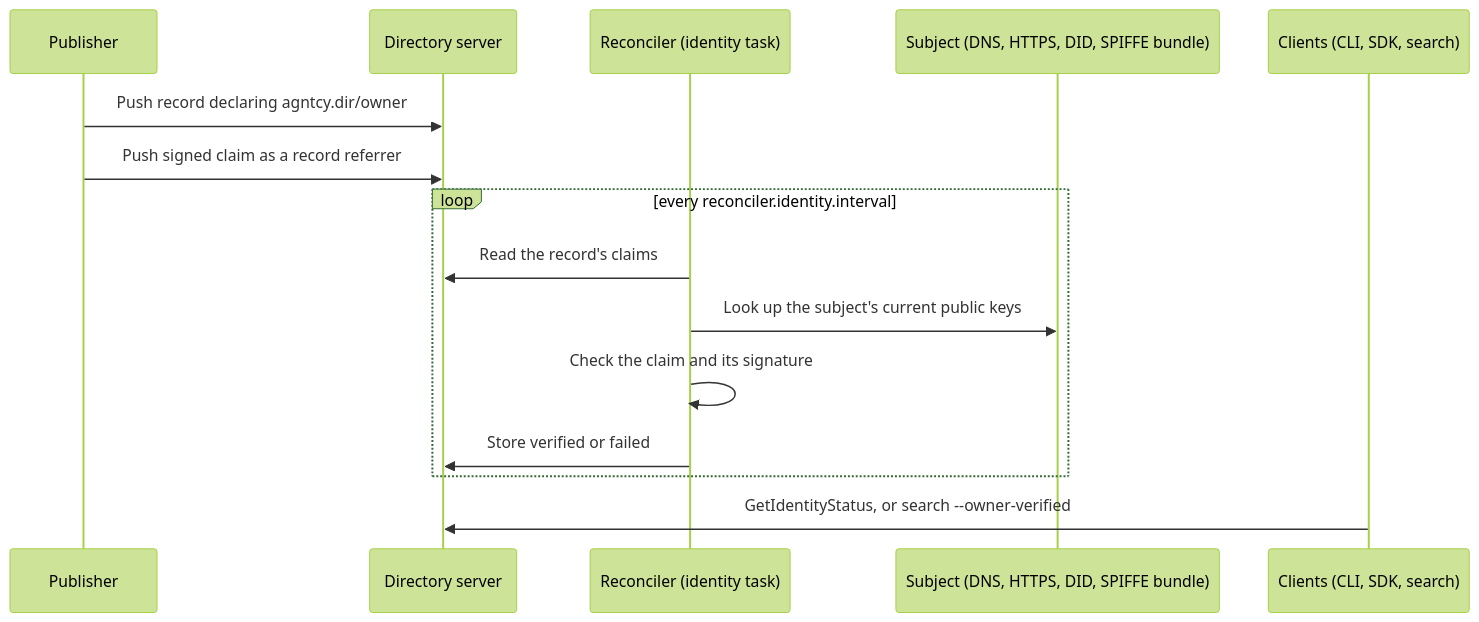
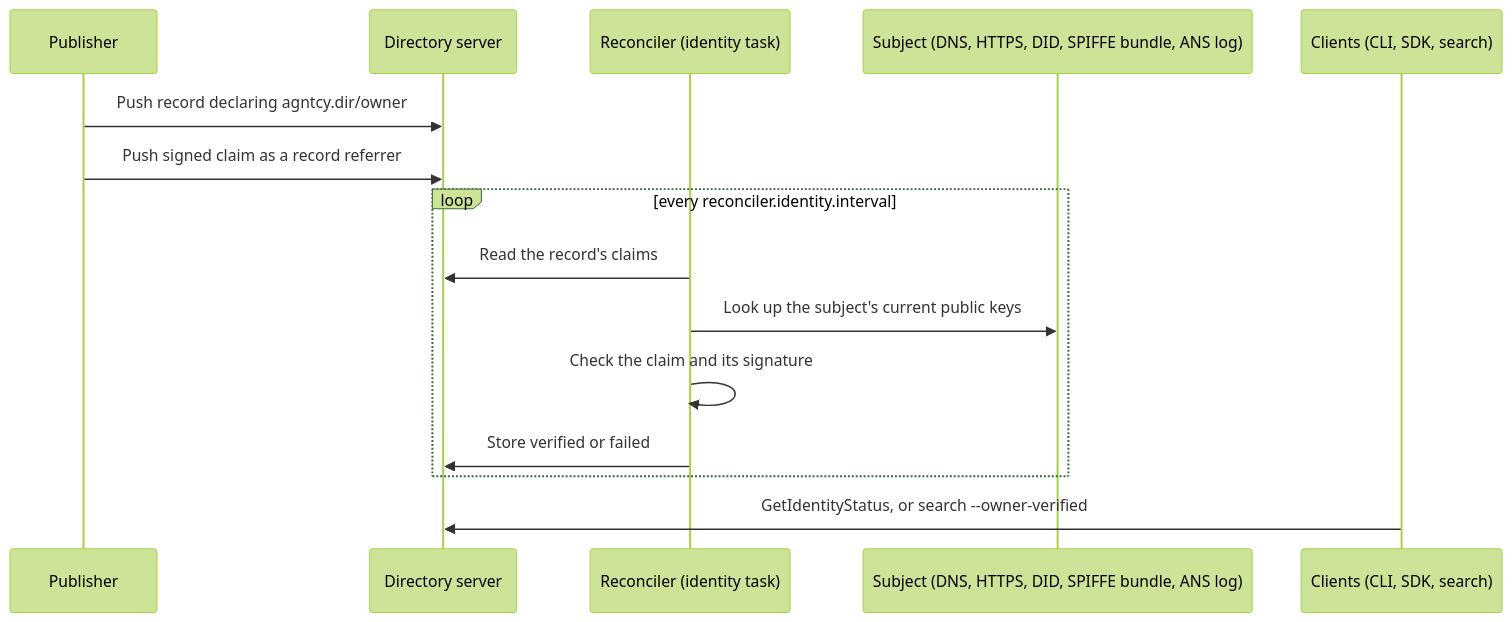
The diagram in docs/content/dir/dir-component-identity.md (agntcy/dir), drawn with Mermaid (forest theme) before and after one commit. The commit also changed other lines of this file and 7 other files, not shown here.

````diff
--- a/docs/content/dir/dir-component-identity.md
+++ b/docs/content/dir/dir-component-identity.md
@@ -19,18 +20,18 @@
 ```mermaid
 sequenceDiagram
     participant P as Publisher
     participant S as Directory server
     participant R as Reconciler (identity task)
-    participant K as Subject (DNS, HTTPS, DID, SPIFFE bundle)
+    participant K as Subject (DNS, HTTPS, DID, SPIFFE bundle, ANS log)
     participant D as Clients (CLI, SDK, search)
 
     P->>S: Push record declaring agntcy.dir/owner
     P->>S: Push signed claim as a record referrer
     loop every reconciler.identity.interval
         R->>S: Read the record's claims
         R->>K: Look up the subject's current public keys
         R->>R: Check the claim and its signature
         R->>S: Store verified or failed
     end
     D->>S: GetIdentityStatus, or search --owner-verified
 ```
````
